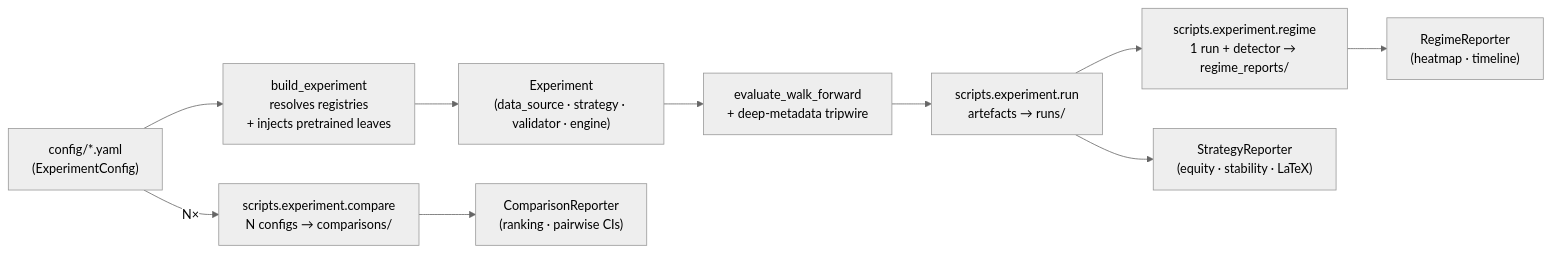
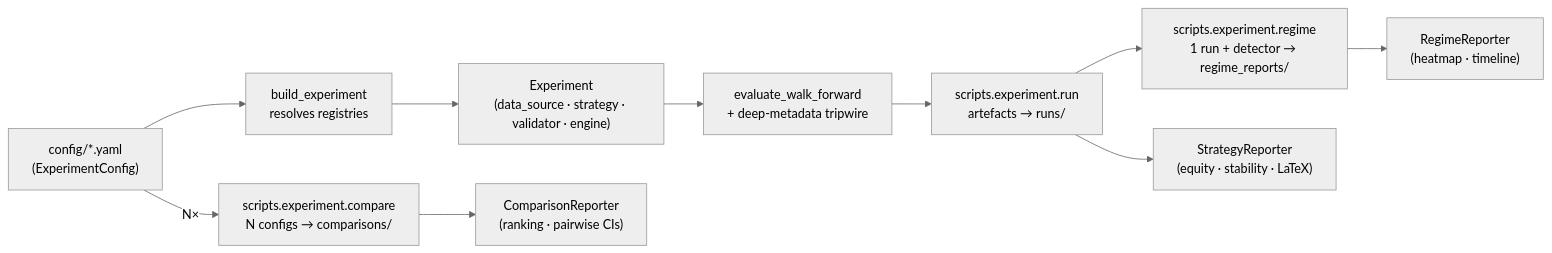
Before and after one commit to Alextz307/quantforge: the fourth of 5 diagrams in README.md, drawn with Mermaid (neutral theme). The commit also changed other lines of this file and 78 other files, not shown here.

````diff
--- a/README.md
+++ b/README.md
@@ -162,18 +162,18 @@
 ```mermaid
 graph LR
     Config["config/*.yaml<br/>(ExperimentConfig)"]
-    Builder["build_experiment<br/>resolves registries<br/>+ injects pretrained leaves"]
+    Builder["build_experiment<br/>resolves registries"]
     Experiment["Experiment<br/>(data_source · strategy · validator · engine)"]
     WalkForward["evaluate_walk_forward<br/>+ deep-metadata tripwire"]
     RunCLI["scripts.experiment.run<br/>artefacts → runs/"]
     CompareCLI["scripts.experiment.compare<br/>N configs → comparisons/"]
     RegimeCLI["scripts.experiment.regime<br/>1 run + detector → regime_reports/"]
     StrategyReporter["StrategyReporter<br/>(equity · stability · LaTeX)"]
     ComparisonReporter["ComparisonReporter<br/>(ranking · pairwise CIs)"]
     RegimeReporter["RegimeReporter<br/>(heatmap · timeline)"]
 
     Config --> Builder --> Experiment --> WalkForward
     WalkForward --> RunCLI --> StrategyReporter
     Config -->|N×| CompareCLI --> ComparisonReporter
     RunCLI --> RegimeCLI --> RegimeReporter
 ```
````
